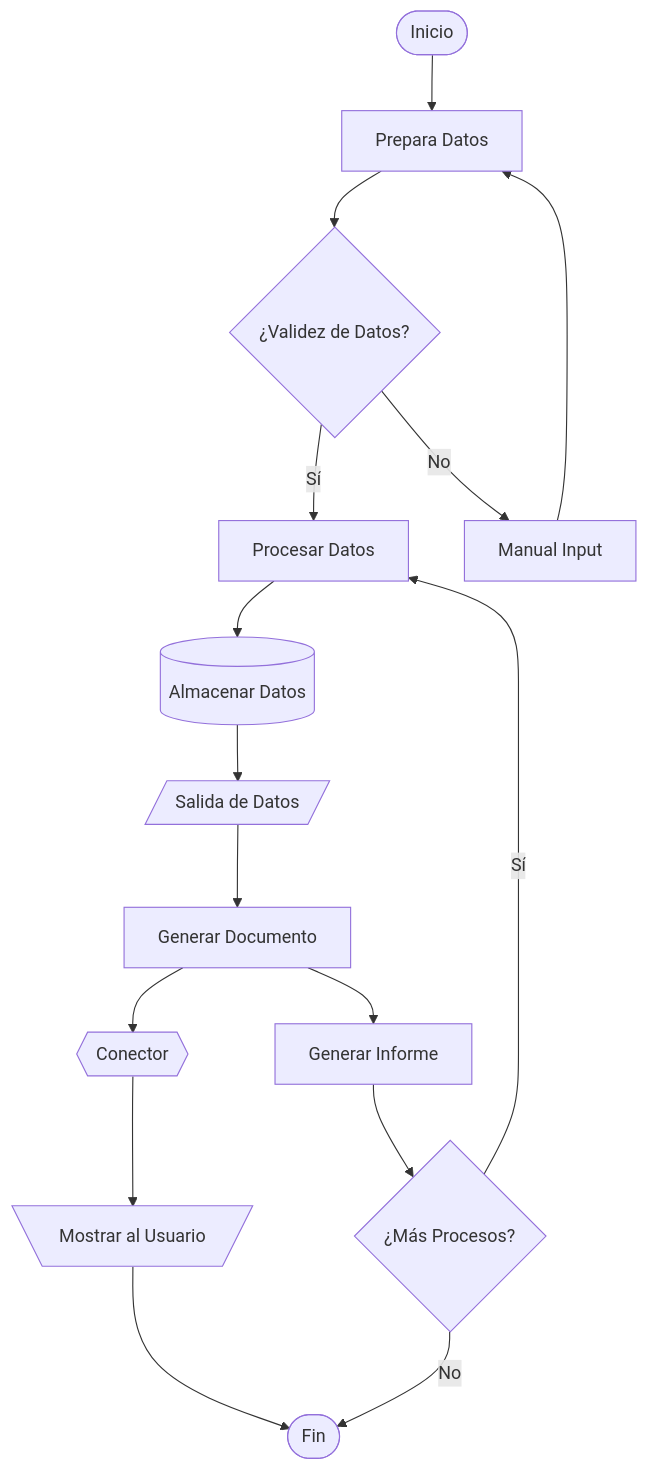
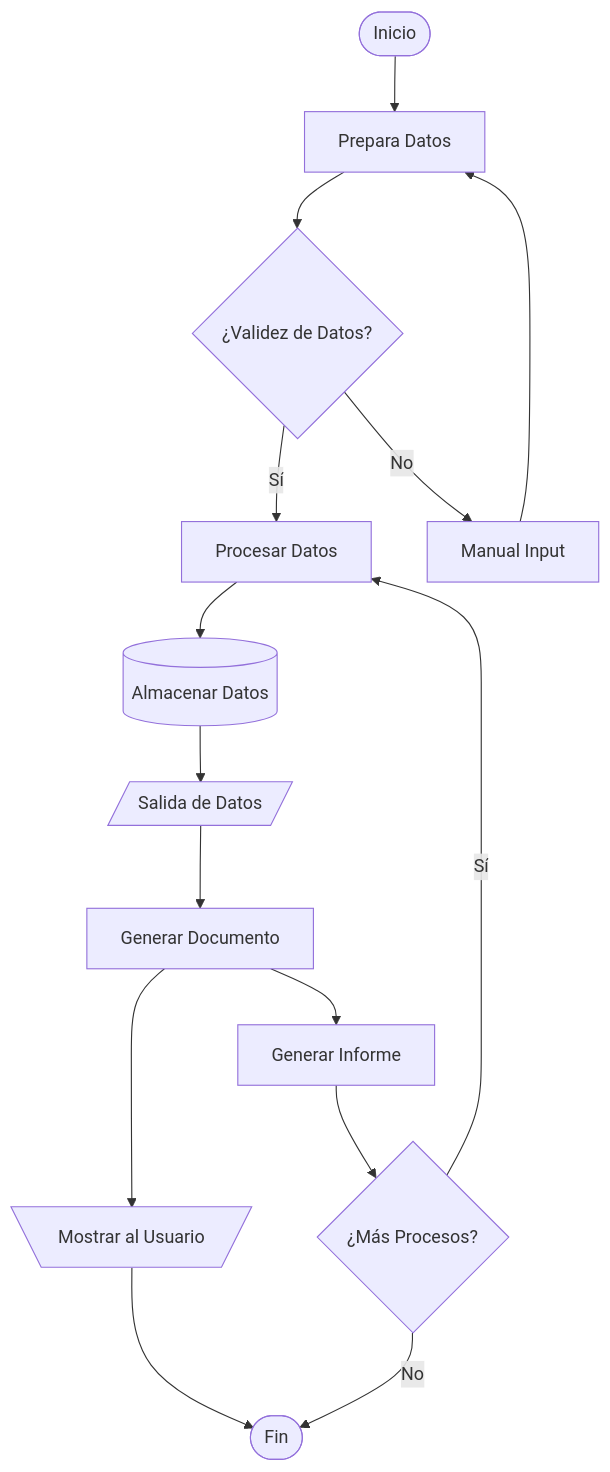
One commit to Analisis-y-metodologia-de-sistemas-2024/DFD changed the diagram in ReadMe.md. Above: the diagram before and after it, drawn with Mermaid.

````diff
--- a/ReadMe.md
+++ b/ReadMe.md
@@ -25,25 +25,23 @@
 ```mermaid
 flowchart TD
     A([Inicio]) --> B[Prepara Datos]
     B --> C{¿Validez de Datos?}
     
     C -->|Sí| D[Procesar Datos]
     C -->|No| E[Manual Input]
     
     E --> B
     
     D --> F[(Almacenar Datos)]
     F --> G[/Salida de Datos/]
     
     G --> H[Generar Documento]
-    H --> I{{Conector}}
-    
-    I --> J[\Mostrar al Usuario/]
+    H --> J[\Mostrar al Usuario/]
     J --> K([Fin])
     
     H --> L[Generar Informe]
     L --> M{¿Más Procesos?}
     
     M -->|Sí| D
     M -->|No| K
 ```
````
